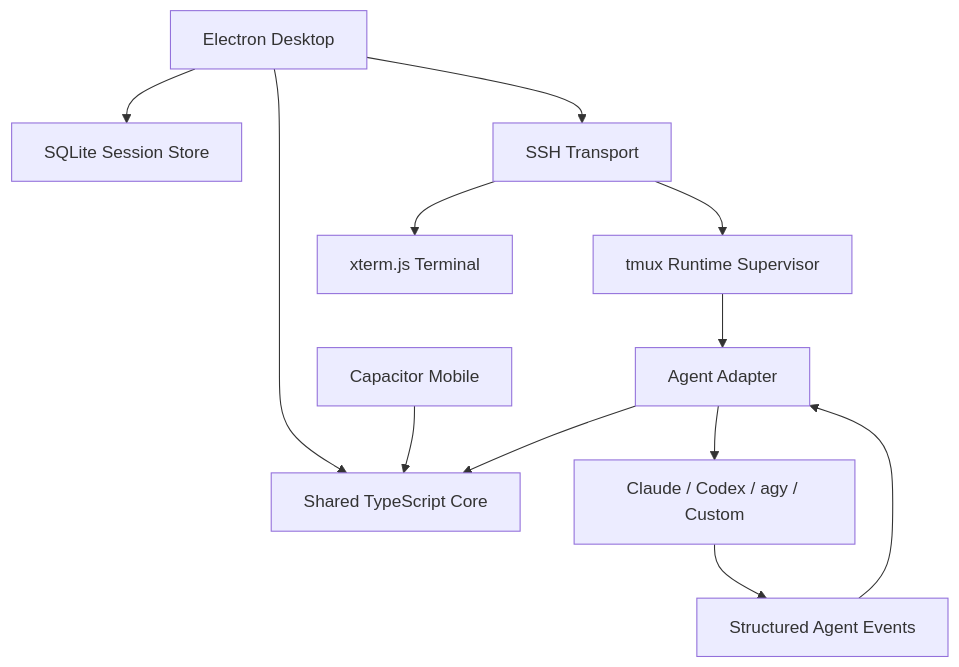
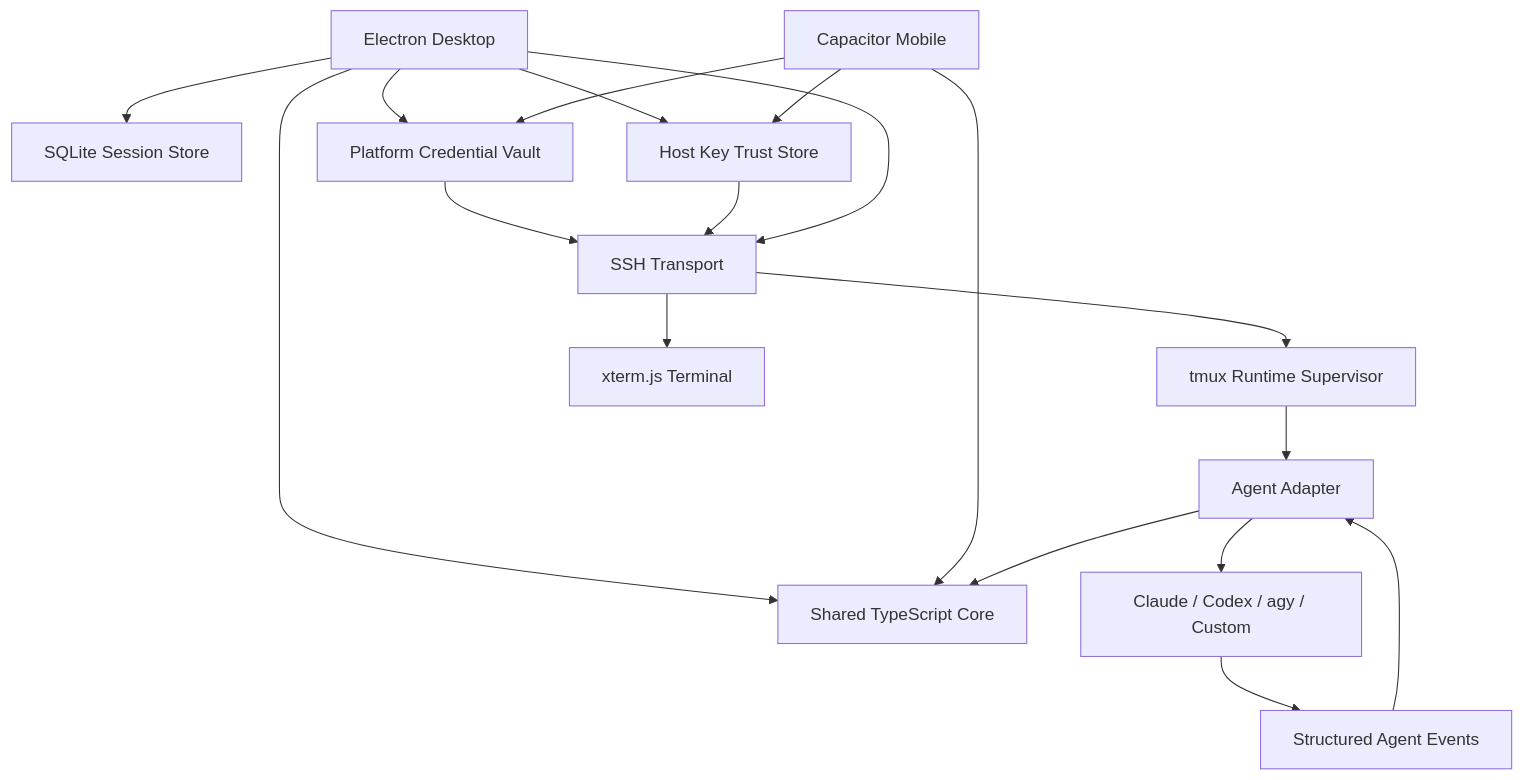
One commit to youchengchao/CozyPad changed the first of 2 diagrams in SPEC.md. Above: the diagram before and after it, drawn with Mermaid. The commit also changed other lines of this file and 48 other files, not shown here.

Commit message:
feat: secure SSH password and key authentication

````diff
--- a/SPEC.md
+++ b/SPEC.md
@@ -92,25 +95,33 @@
 ```mermaid
 flowchart TB
     Desktop[Electron Desktop]
     Mobile[Capacitor Mobile]
     Core[Shared TypeScript Core]
     Store[SQLite Session Store]
+    Vault[Platform Credential Vault]
+    Trust[Host Key Trust Store]
     SSH[SSH Transport]
     Tmux[tmux Runtime Supervisor]
     Adapter[Agent Adapter]
     Agent[Claude / Codex / agy / Custom]
     Events[Structured Agent Events]
     Terminal[xterm.js Terminal]
 
     Desktop --> Core
     Mobile --> Core
     Desktop --> Store
+    Desktop --> Vault
+    Mobile --> Vault
+    Desktop --> Trust
+    Mobile --> Trust
+    Vault --> SSH
+    Trust --> SSH
     Desktop --> SSH
     SSH --> Tmux
     Tmux --> Adapter
     Adapter --> Agent
     Agent --> Events
     Events --> Adapter
     Adapter --> Core
     SSH --> Terminal
 ```
````
